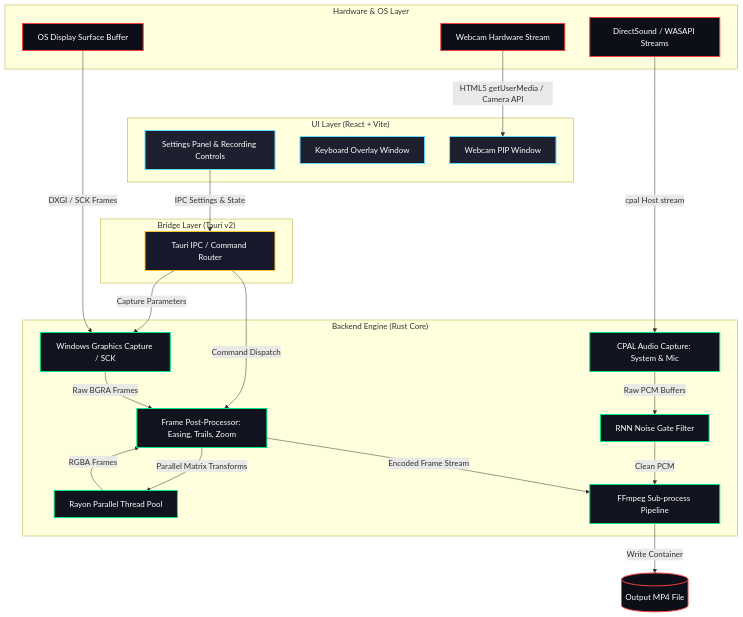
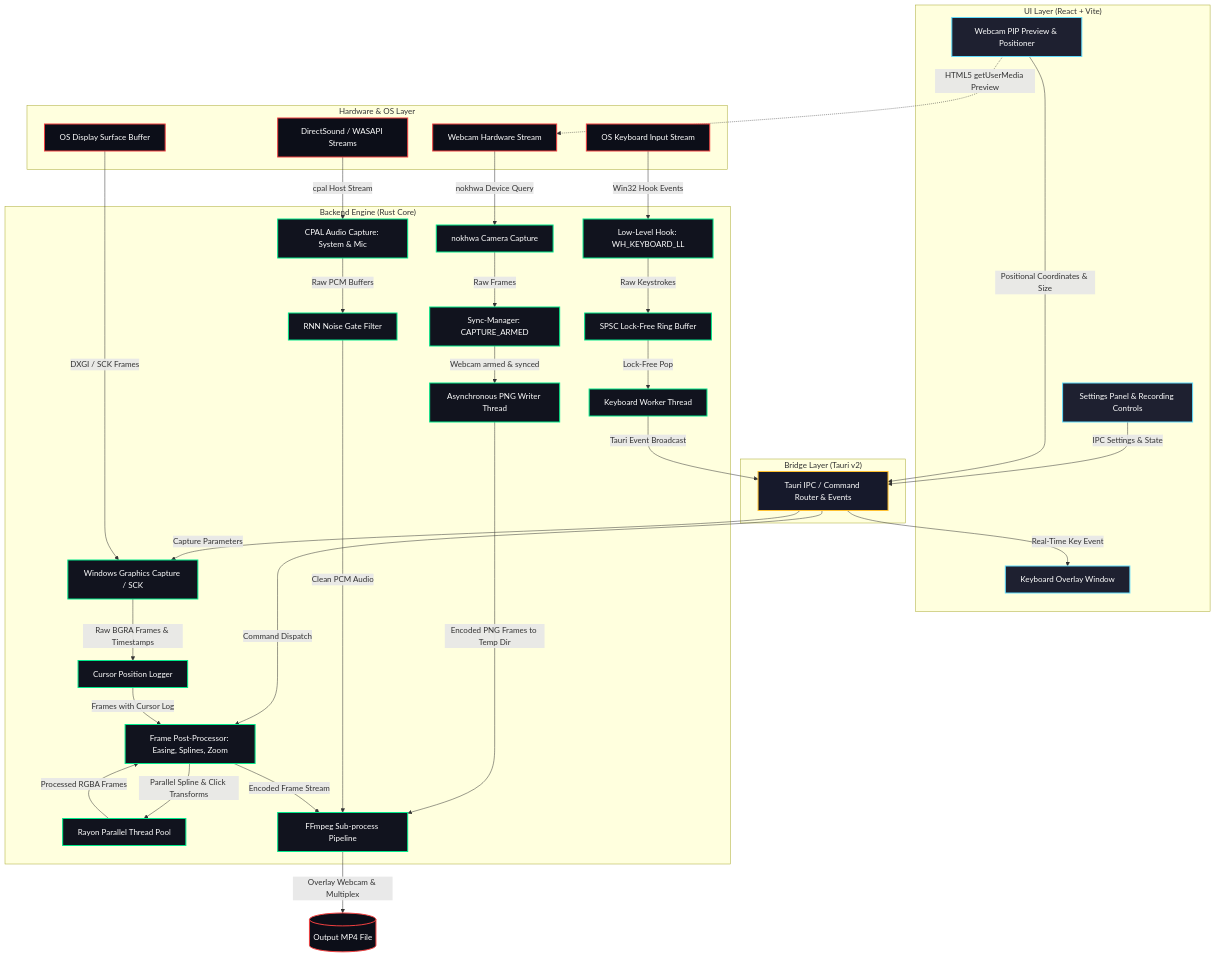
The diagram in README.md (IsNoobgrammer/EasySpecy), drawn with Mermaid before and after one commit. The commit also changed 6 other files, not shown here.

Commit message:
docs: upgrade system flowcharts with core features & purge emojis

````diff
--- a/README.md
+++ b/README.md
@@ -74,18 +74,34 @@
     subgraph UI_Layer ["UI Layer (React + Vite)"]
         UI[Settings Panel & Recording Controls]:::frontend
         KeyOverlay[Keyboard Overlay Window]:::frontend
-        WebcamOverlay[Webcam PIP Window]:::frontend
+        WebcamOverlay[Webcam PIP Preview & Positioner]:::frontend
     end
 
     subgraph Bridge_Layer ["Bridge Layer (Tauri v2)"]
-        IPC[Tauri IPC / Command Router]:::tauri
+        IPC[Tauri IPC / Command Router & Events]:::tauri
     end
 
     subgraph Backend_Layer ["Backend Engine (Rust Core)"]
+        %% Screen capture
         VideoCapture[Windows Graphics Capture / SCK]:::backend
+        CursorTracker[Cursor Position Logger]:::backend
+        
+        %% Audio capture
         AudioCapture[CPAL Audio Capture: System & Mic]:::backend
         RNNoise[RNN Noise Gate Filter]:::backend
-        FrameProcessor[Frame Post-Processor: Easing, Trails, Zoom]:::backend
+        
+        %% Keyboard overlay backend
+        KeyHook[Low-Level Hook: WH_KEYBOARD_LL]:::backend
+        SPSC[SPSC Lock-Free Ring Buffer]:::backend
+        KeyWorker[Keyboard Worker Thread]:::backend
+        
+        %% Webcam capture backend
+        WebcamCapture[nokhwa Camera Capture]:::backend
+        WebcamSync[Sync-Manager: CAPTURE_ARMED]:::backend
+        WebcamWriter[Asynchronous PNG Writer Thread]:::backend
+        
+        %% Post-processor
+        FrameProcessor[Frame Post-Processor: Easing, Splines, Zoom]:::backend
         Rayon[Rayon Parallel Thread Pool]:::backend
         FFmpegPipe[FFmpeg Sub-process Pipeline]:::backend
     end
@@ -94,24 +110,46 @@
         OS_Video[OS Display Surface Buffer]:::external
         OS_Audio[DirectSound / WASAPI Streams]:::external
         OS_Webcam[Webcam Hardware Stream]:::external
+        OS_Keys[OS Keyboard Input Stream]:::external
     end
 
     %% Connections
+    
+    %% UI to Bridge
     UI -->|IPC Settings & State| IPC
+    WebcamOverlay -->|Positional Coordinates & Size| IPC
     IPC -->|Command Dispatch| FrameProcessor
     IPC -->|Capture Parameters| VideoCapture
 
+    %% Hardware to Backend
     OS_Video -->|DXGI / SCK Frames| VideoCapture
-    OS_Audio -->|cpal Host stream| AudioCapture
-    OS_Webcam -->|HTML5 getUserMedia / Camera API| WebcamOverlay
+    OS_Audio -->|cpal Host Stream| AudioCapture
+    OS_Webcam -->|nokhwa Device Query| WebcamCapture
+    OS_Keys -->|Win32 Hook Events| KeyHook
 
-    VideoCapture -->|Raw BGRA Frames| FrameProcessor
+    %% Keyboard Pipeline
+    KeyHook -->|Raw Keystrokes| SPSC
+    SPSC -->|Lock-Free Pop| KeyWorker
+    KeyWorker -->|Tauri Event Broadcast| IPC
+    IPC -->|Real-Time Key Event| KeyOverlay
+
+    %% Webcam Pipeline
+    WebcamCapture -->|Raw Frames| WebcamSync
+    WebcamSync -->|Webcam armed & synced| WebcamWriter
+    WebcamOverlay -.->|HTML5 getUserMedia Preview| OS_Webcam
+    WebcamWriter -->|Encoded PNG Frames to Temp Dir| FFmpegPipe
+
+    %% Video/Audio Capture & Processing
+    VideoCapture -->|Raw BGRA Frames & Timestamps| CursorTracker
+    CursorTracker -->|Frames with Cursor Log| FrameProcessor
     AudioCapture -->|Raw PCM Buffers| RNNoise
-    RNNoise -->|Clean PCM| FFmpegPipe
+    RNNoise -->|Clean PCM Audio| FFmpegPipe
 
-    FrameProcessor -->|Parallel Matrix Transforms| Rayon
-    Rayon -->|RGBA Frames| FrameProcessor
+    %% Parallel post-processing
+    FrameProcessor -->|Parallel Spline & Click Transforms| Rayon
+    Rayon -->|Processed RGBA Frames| FrameProcessor
     FrameProcessor -->|Encoded Frame Stream| FFmpegPipe
 
-    FFmpegPipe -->|Write Container| OutFile[(Output MP4 File)]:::external
+    %% Output
+    FFmpegPipe -->|Overlay Webcam & Multiplex| OutFile[(Output MP4 File)]:::external
 ```
````
